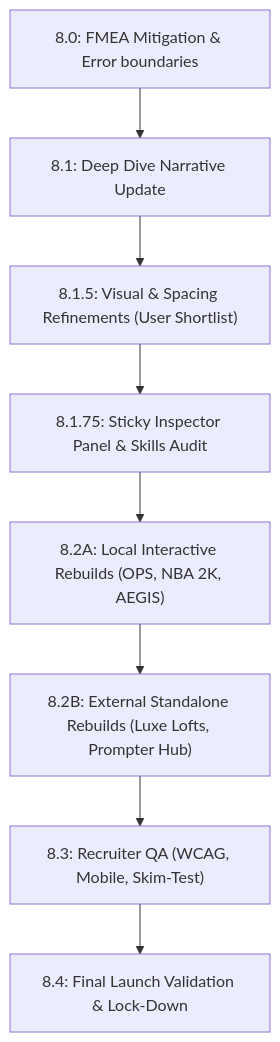
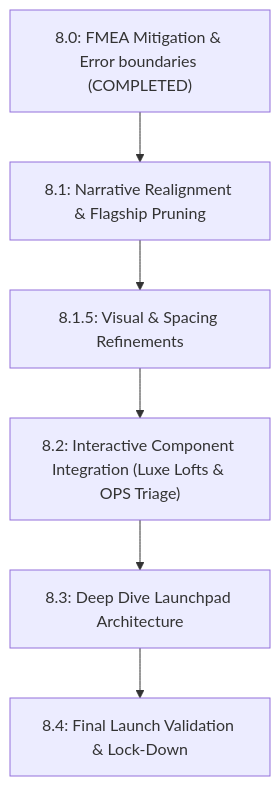
One commit to slyberia/Portfolio2.0 changed the diagram in docs/workflow/prompts/phase-8-master-execution-packet.md. Above: the diagram before and after it, drawn with Mermaid. The commit also changed other lines of this file, not shown here.

Commit message:
Update master execution packet for Track B and Ops Triage Simulator

````diff
--- a/docs/workflow/prompts/phase-8-master-execution-packet.md
+++ b/docs/workflow/prompts/phase-8-master-execution-packet.md
@@ -16,10 +16,8 @@
 ```mermaid
 graph TD
-    8.0["8.0: FMEA Mitigation & Error boundaries"] --> 8.1["8.1: Deep Dive Narrative Update"]
-    8.1 --> 8.1.5["8.1.5: Visual & Spacing Refinements (User Shortlist)"]
-    8.1.5 --> 8.1.75["8.1.75: Sticky Inspector Panel & Skills Audit"]
-    8.1.75 --> 8.2A["8.2A: Local Interactive Rebuilds (OPS, NBA 2K, AEGIS)"]
-    8.2A --> 8.2B["8.2B: External Standalone Rebuilds (Luxe Lofts, Prompter Hub)"]
-    8.2B --> 8.3["8.3: Recruiter QA (WCAG, Mobile, Skim-Test)"]
+    8.0["8.0: FMEA Mitigation & Error boundaries (COMPLETED)"] --> 8.1["8.1: Narrative Realignment & Flagship Pruning"]
+    8.1 --> 8.1.5["8.1.5: Visual & Spacing Refinements"]
+    8.1.5 --> 8.2["8.2: Interactive Component Integration (Luxe Lofts & OPS Triage)"]
+    8.2 --> 8.3["8.3: Deep Dive Launchpad Architecture"]
     8.3 --> 8.4["8.4: Final Launch Validation & Lock-Down"]
 ```
````
